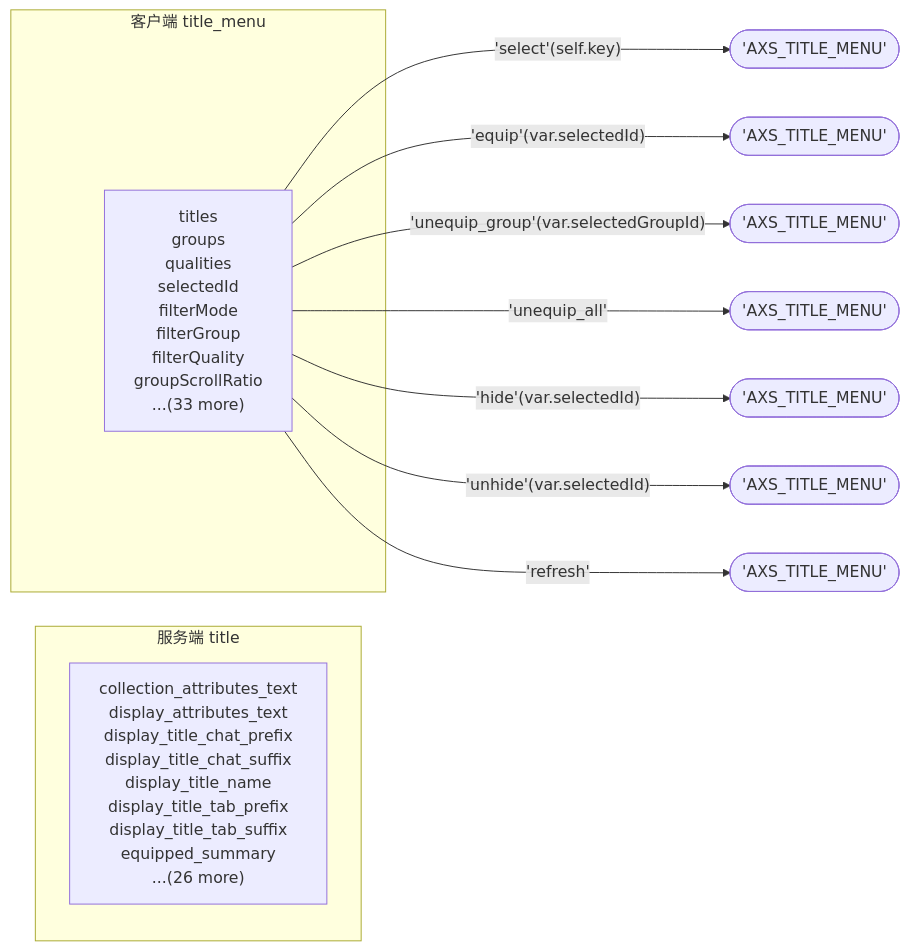
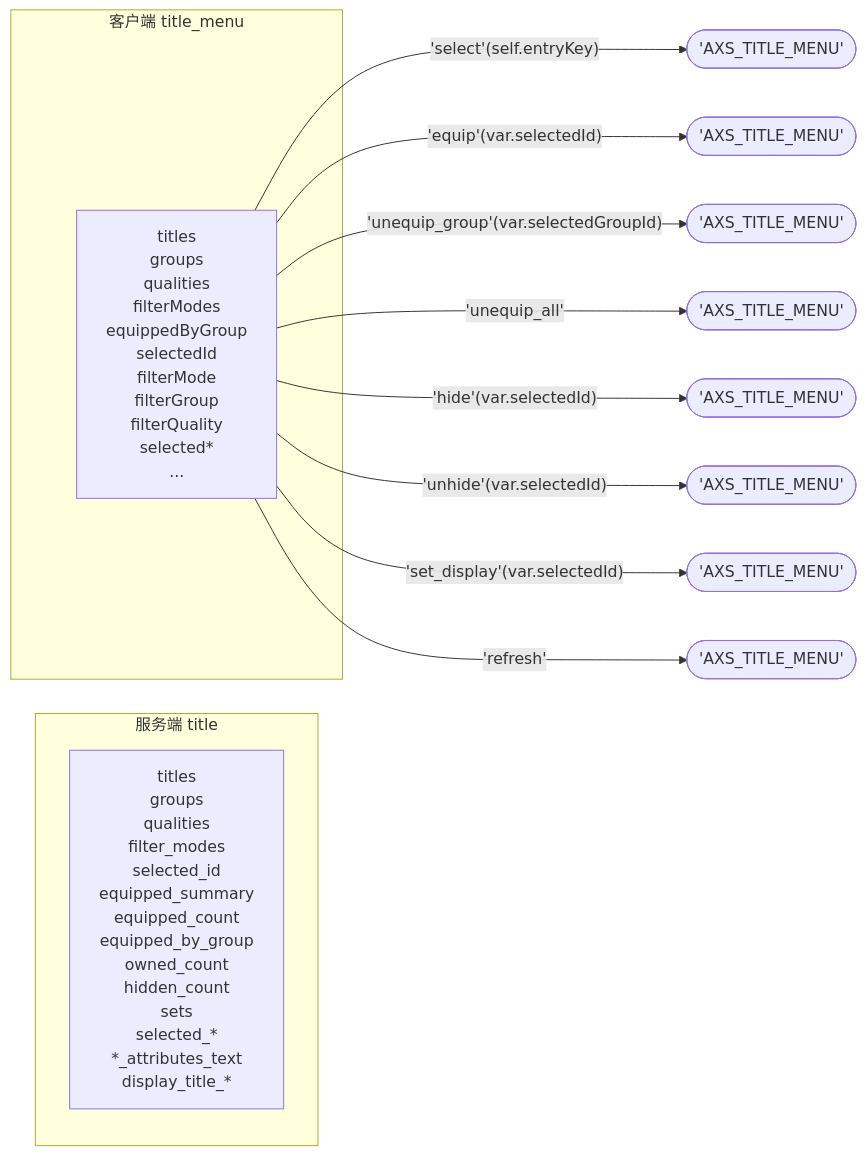
One commit to ArcartX-Suite/ArcartXSuite-Wiki changed diagram 51 of 54 in docs/ui-packet-data.md. Above: the diagram before and after it, drawn with Mermaid. The commit also changed other lines of this file and 1 other file, not shown here.

````diff
--- a/docs/ui-packet-data.md
+++ b/docs/ui-packet-data.md
@@ -2997,16 +2997,17 @@
 ```mermaid
 flowchart LR
     subgraph SRV_title_title_menu["服务端 title"]
-        SRVF_title_title_menu["collection_attributes_text<br/>display_attributes_text<br/>display_title_chat_prefix<br/>display_title_chat_suffix<br/>display_title_name<br/>display_title_tab_prefix<br/>display_title_tab_suffix<br/>equipped_summary<br/>...(26 more)"]
+        SRVF_title_title_menu["titles<br/>groups<br/>qualities<br/>filter_modes<br/>selected_id<br/>equipped_summary<br/>equipped_count<br/>equipped_by_group<br/>owned_count<br/>hidden_count<br/>sets<br/>selected_*<br/>*_attributes_text<br/>display_title_*"]
     end
     subgraph CLI_title_title_menu["客户端 title_menu"]
-        CLIV_title_title_menu["titles<br/>groups<br/>qualities<br/>selectedId<br/>filterMode<br/>filterGroup<br/>filterQuality<br/>groupScrollRatio<br/>...(33 more)"]
+        CLIV_title_title_menu["titles<br/>groups<br/>qualities<br/>filterModes<br/>equippedByGroup<br/>selectedId<br/>filterMode<br/>filterGroup<br/>filterQuality<br/>selected*<br/>..."]
     end
-    CLIV_title_title_menu -->|"'select'(self.key)"| SND_title_title_menu_0(["'AXS_TITLE_MENU'"])
+    CLIV_title_title_menu -->|"'select'(self.entryKey)"| SND_title_title_menu_0(["'AXS_TITLE_MENU'"])
     CLIV_title_title_menu -->|"'equip'(var.selectedId)"| SND_title_title_menu_1(["'AXS_TITLE_MENU'"])
     CLIV_title_title_menu -->|"'unequip_group'(var.selectedGroupId)"| SND_title_title_menu_2(["'AXS_TITLE_MENU'"])
     CLIV_title_title_menu -->|"'unequip_all'"| SND_title_title_menu_3(["'AXS_TITLE_MENU'"])
     CLIV_title_title_menu -->|"'hide'(var.selectedId)"| SND_title_title_menu_4(["'AXS_TITLE_MENU'"])
     CLIV_title_title_menu -->|"'unhide'(var.selectedId)"| SND_title_title_menu_5(["'AXS_TITLE_MENU'"])
-    CLIV_title_title_menu -->|"'refresh'"| SND_title_title_menu_6(["'AXS_TITLE_MENU'"])
+    CLIV_title_title_menu -->|"'set_display'(var.selectedId)"| SND_title_title_menu_6(["'AXS_TITLE_MENU'"])
+    CLIV_title_title_menu -->|"'refresh'"| SND_title_title_menu_7(["'AXS_TITLE_MENU'"])
 ```
````
